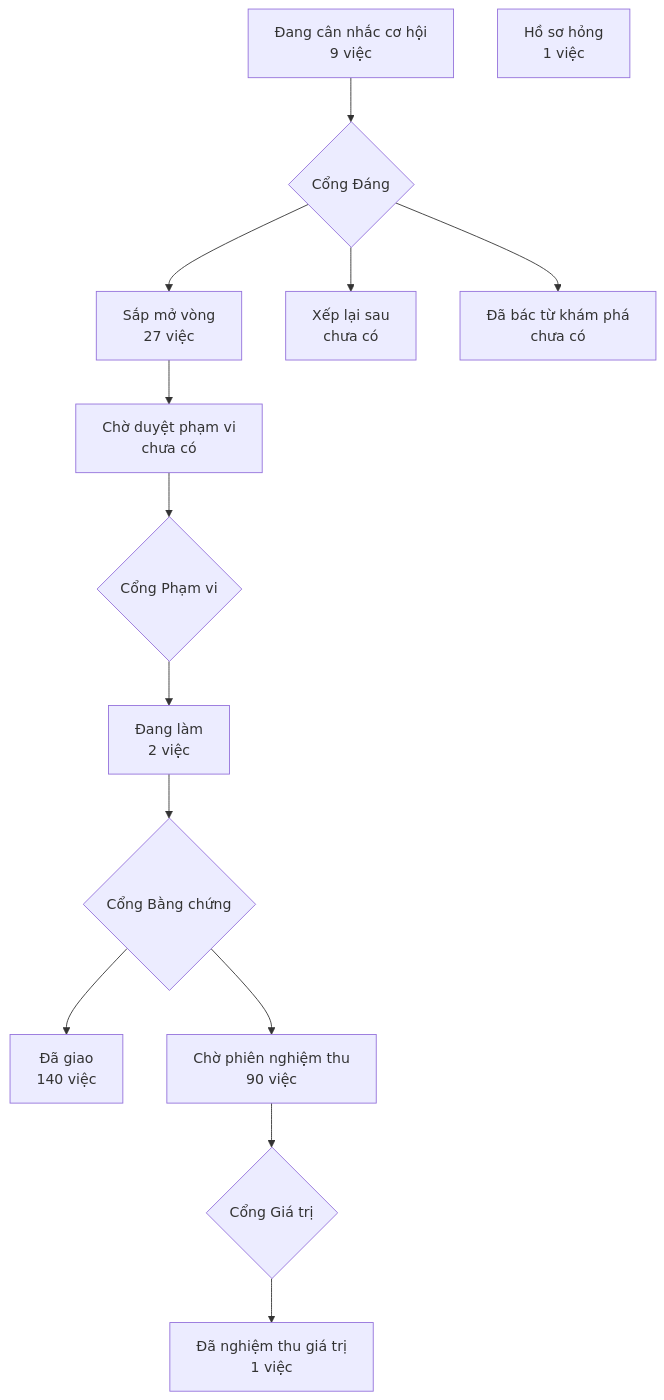
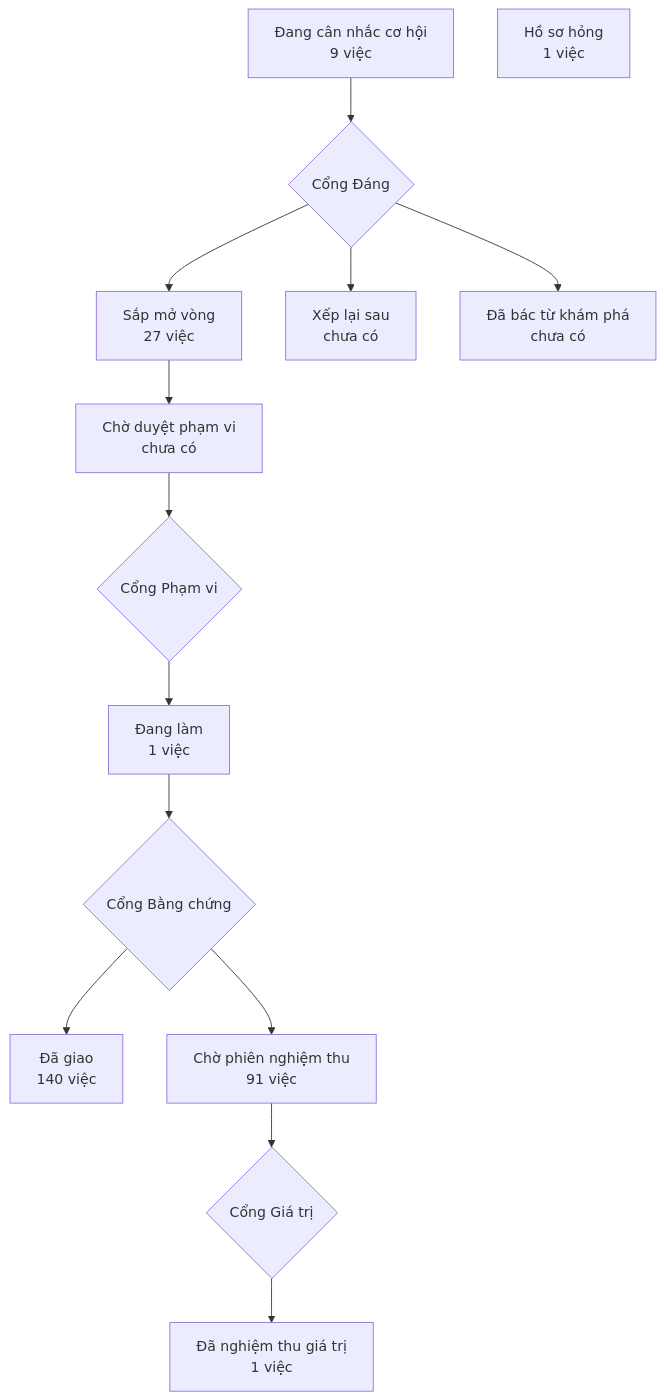
The diagram in PRODUCT-MAP.md (phanlemanh/crm-onehub), drawn with Mermaid before and after one commit. The commit also changed 4 other files, not shown here.

````diff
--- a/PRODUCT-MAP.md
+++ b/PRODUCT-MAP.md
@@ -7,13 +7,13 @@
 ```mermaid
 flowchart TD
   A["Đang cân nhắc cơ hội<br/>9 việc"] --> GD{"Cổng Đáng"}
   GD --> B["Sắp mở vòng<br/>27 việc"]
   GD --> XL["Xếp lại sau<br/>chưa có"]
   GD --> DB["Đã bác từ khám phá<br/>chưa có"]
   B --> CD["Chờ duyệt phạm vi<br/>chưa có"] --> GP{"Cổng Phạm vi"}
-  GP --> DL["Đang làm<br/>2 việc"] --> GB{"Cổng Bằng chứng"}
+  GP --> DL["Đang làm<br/>1 việc"] --> GB{"Cổng Bằng chứng"}
   GB --> DG["Đã giao<br/>140 việc"]
-  GB --> CN["Chờ phiên nghiệm thu<br/>90 việc"] --> GG{"Cổng Giá trị"}
+  GB --> CN["Chờ phiên nghiệm thu<br/>91 việc"] --> GG{"Cổng Giá trị"}
   GG --> NT["Đã nghiệm thu giá trị<br/>1 việc"]
   HS["Hồ sơ hỏng<br/>1 việc"]
 ```
````
